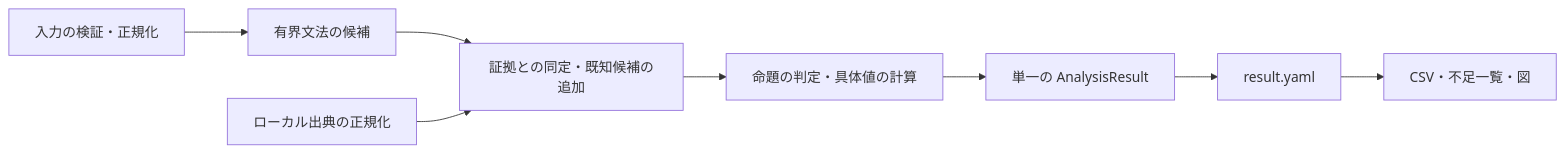
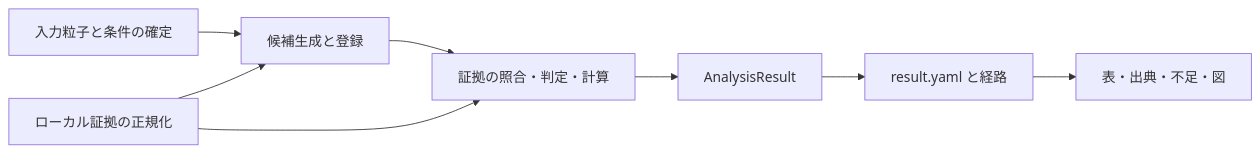
The diagram in docs/core_design.md (dkawa2523/react_gen), drawn with Mermaid before and after one commit. The commit also changed other lines of this file and 227 other files, not shown here.

````diff
--- a/docs/core_design.md
+++ b/docs/core_design.md
@@ -7,10 +7,10 @@
 ```mermaid
 flowchart LR
-  A[入力の検証・正規化] --> B[有界文法の候補]
-  B --> D[証拠との同定・既知候補の追加]
-  C[ローカル出典の正規化] --> D
-  D --> E[命題の判定・具体値の計算]
-  E --> F[単一の AnalysisResult]
-  F --> G[result.yaml]
-  G --> H[CSV・不足一覧・図]
+  A[入力粒子と条件の確定] --> B[候補生成と登録]
+  C[ローカル証拠の正規化] --> B
+  B --> E[証拠の照合・判定・計算]
+  C --> E
+  E --> F[AnalysisResult]
+  F --> G[result.yaml と経路]
+  G --> H[表・出典・不足・図]
 ```
````
